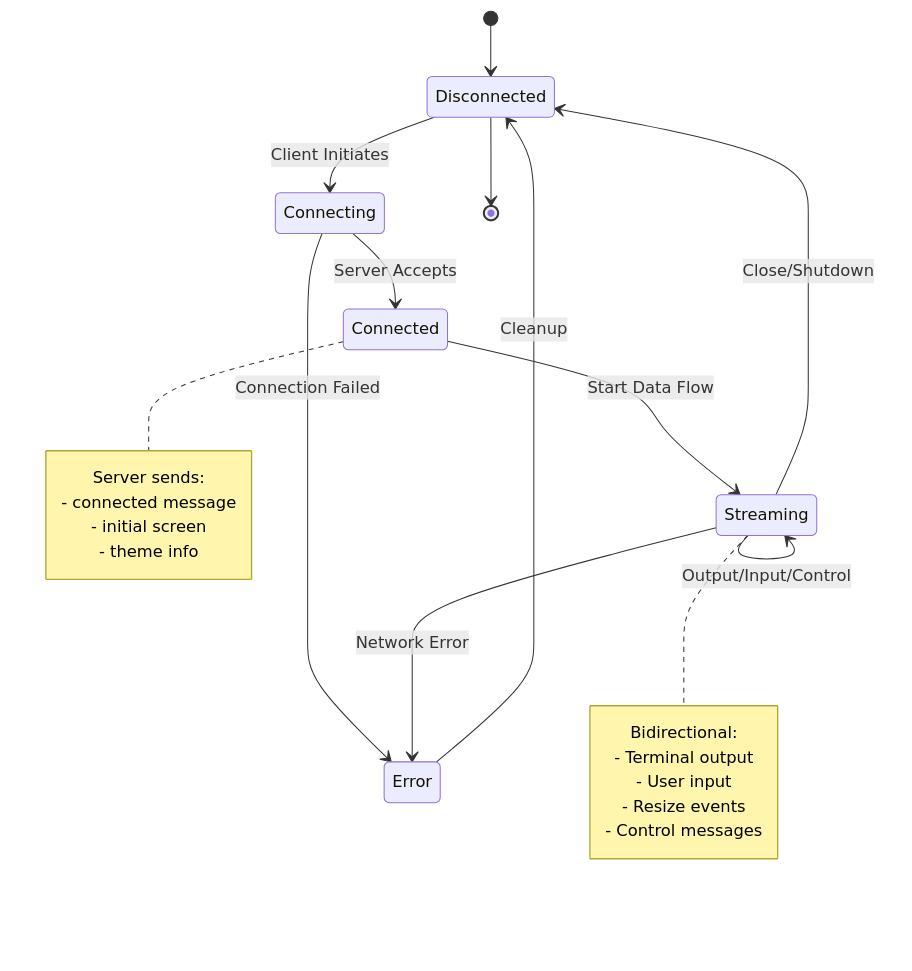
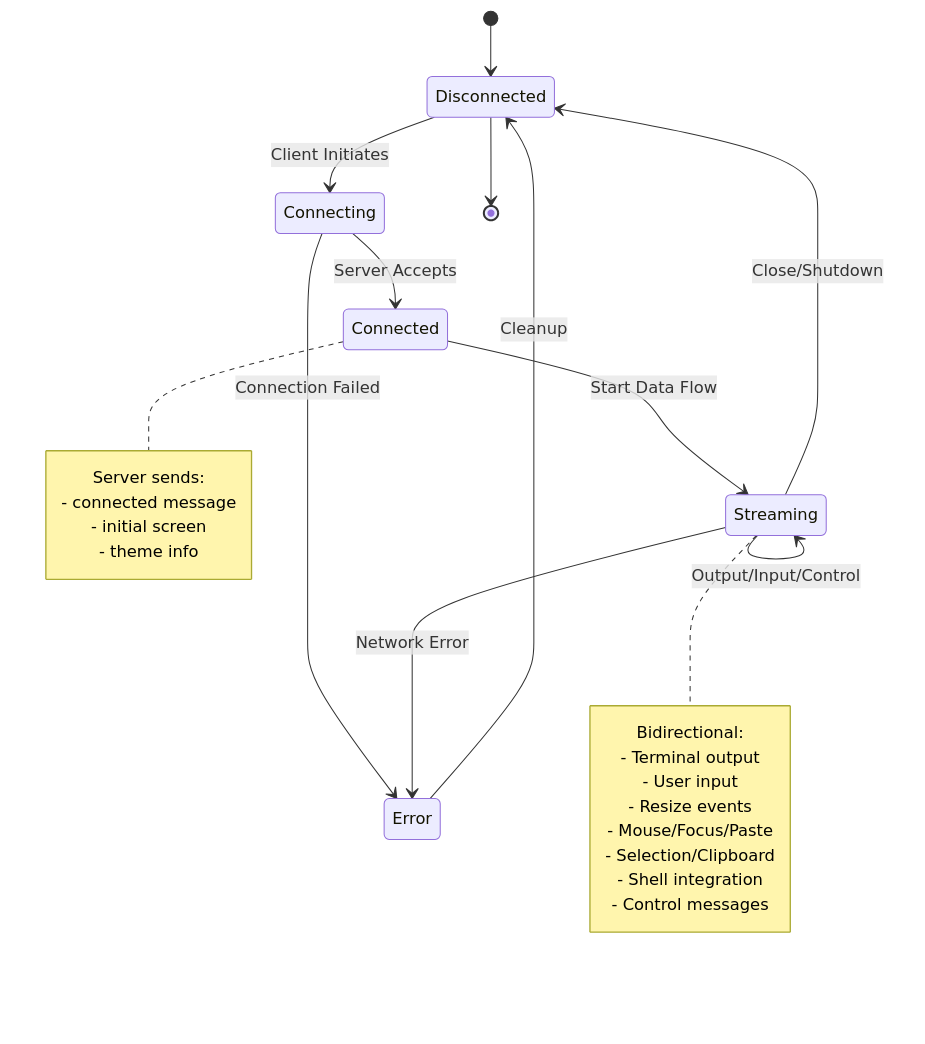
Before and after one commit to paulrobello/par-term-emu-core-rust: the third of 3 diagrams in docs/STREAMING.md, drawn with Mermaid. The commit also changed other lines of this file and 41 other files, not shown here.

````diff
--- a/docs/STREAMING.md
+++ b/docs/STREAMING.md
@@ -674,30 +693,33 @@
 ```mermaid
 stateDiagram-v2
     [*] --> Disconnected
     Disconnected --> Connecting: Client Initiates
     Connecting --> Connected: Server Accepts
     Connecting --> Error: Connection Failed
 
     Connected --> Streaming: Start Data Flow
     Streaming --> Streaming: Output/Input/Control
     Streaming --> Error: Network Error
     Streaming --> Disconnected: Close/Shutdown
 
     Error --> Disconnected: Cleanup
     Disconnected --> [*]
 
     note right of Connected
         Server sends:
         - connected message
         - initial screen
         - theme info
     end note
 
     note right of Streaming
         Bidirectional:
         - Terminal output
         - User input
         - Resize events
+        - Mouse/Focus/Paste
+        - Selection/Clipboard
+        - Shell integration
         - Control messages
     end note
 ```
````
